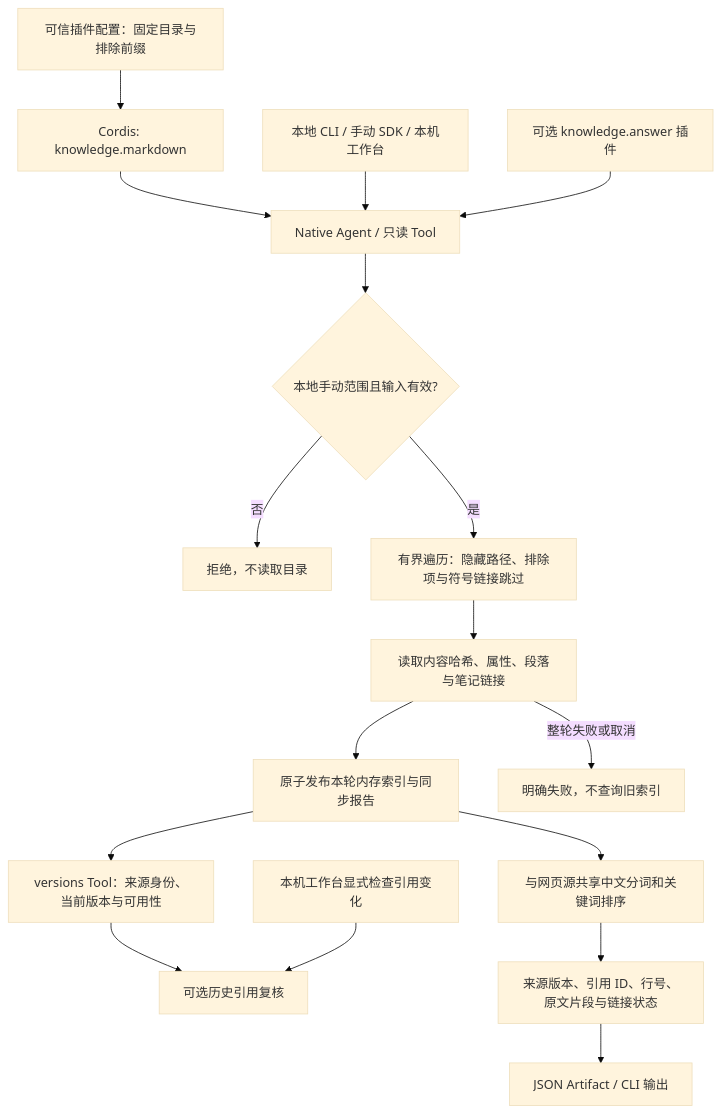
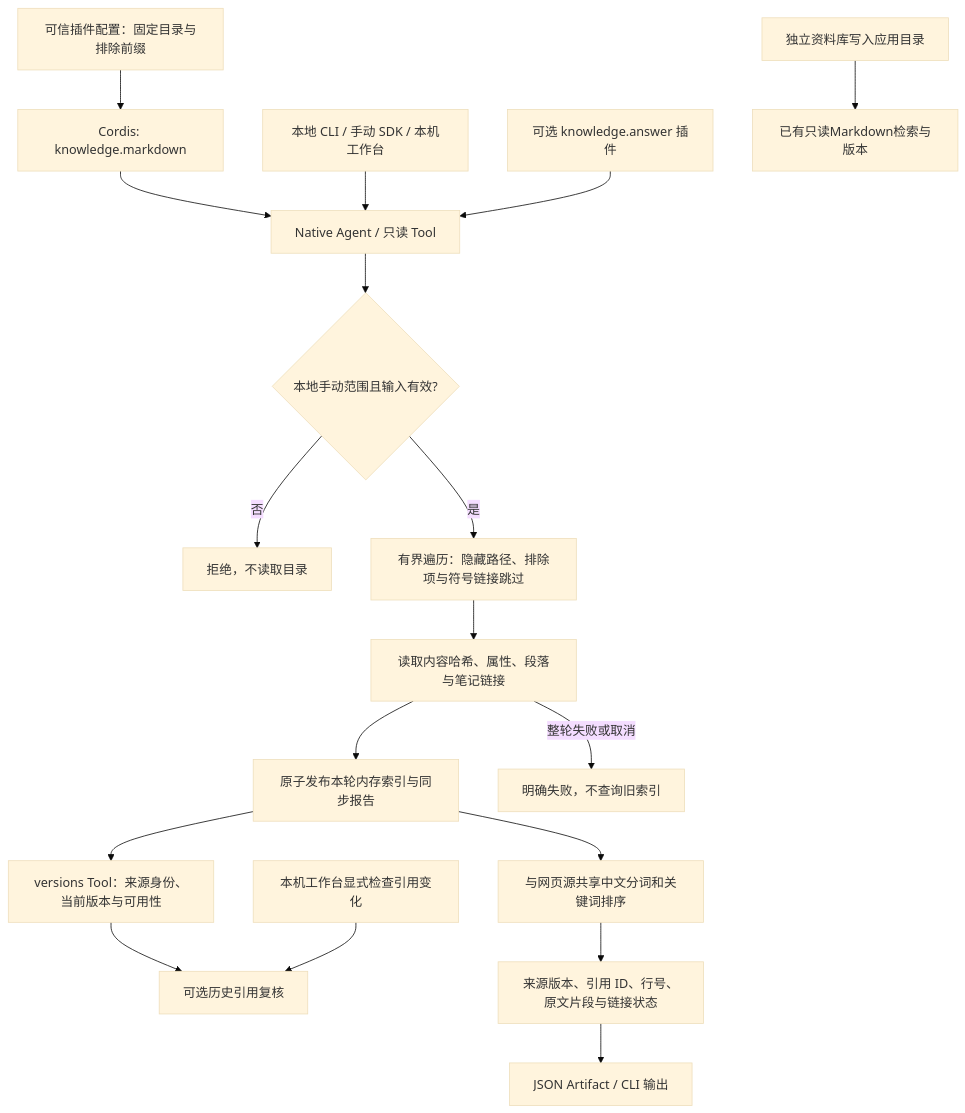
The diagram in backend/src/knowledge/markdown/FEATURE.md (KlayPeter/AI-Delivery-Ops-Agent), drawn with Mermaid (base theme) before and after one commit. The commit also changed other lines of this file and 29 other files, not shown here.

````diff
--- a/backend/src/knowledge/markdown/FEATURE.md
+++ b/backend/src/knowledge/markdown/FEATURE.md
@@ -22,19 +22,20 @@
 ```mermaid
 flowchart TD
     C[可信插件配置：固定目录与排除前缀] --> P[Cordis: knowledge.markdown]
     P --> N[Native Agent / 只读 Tool]
     CLI[本地 CLI / 手动 SDK / 本机工作台] --> N
     RAG[可选 knowledge.answer 插件] --> N
     N --> S{本地手动范围且输入有效?}
     S -- 否 --> X[拒绝，不读取目录]
     S -- 是 --> W[有界遍历：隐藏路径、排除项与符号链接跳过]
     W --> V[读取内容哈希、属性、段落与笔记链接]
     V --> I[原子发布本轮内存索引与同步报告]
     V -- 整轮失败或取消 --> F[明确失败，不查询旧索引]
     I --> VT[versions Tool：来源身份、当前版本与可用性]
     VT --> IC[可选历史引用复核]
     UI[本机工作台显式检查引用变化] --> IC
     I --> Q[与网页源共享中文分词和关键词排序]
     Q --> E[来源版本、引用 ID、行号、原文片段与链接状态]
     E --> A[JSON Artifact / CLI 输出]
+    KLIB[独立资料库写入应用目录] --> KLREAD[已有只读Markdown检索与版本]
 ```
````
